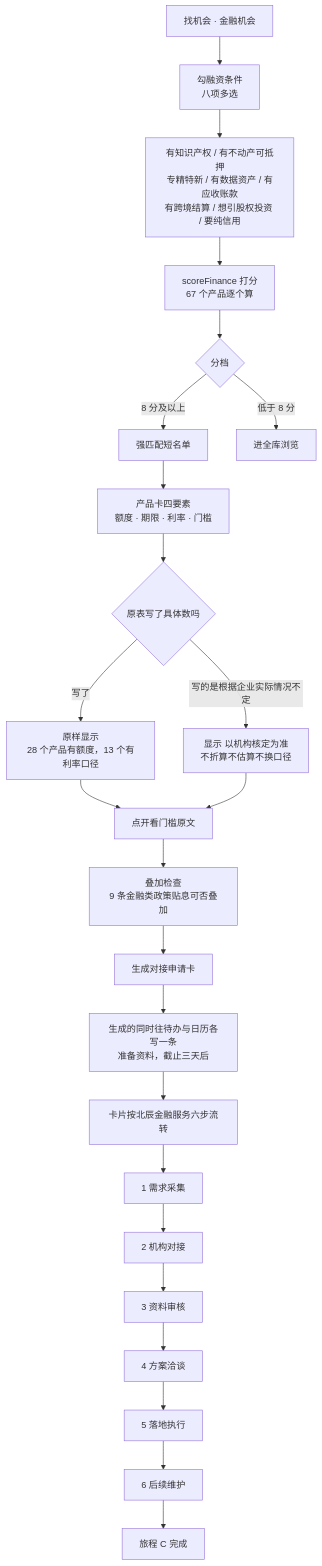
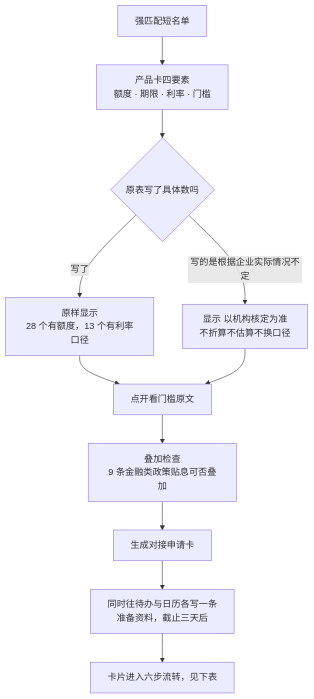
Before and after one commit to 0xmandy/shenicest-beichen-chuangyedazi: the eighth of 11 diagrams in docs/shenicest-北辰-创业搭子-产品方案文档-Claude-2026-08-29.md, drawn with Mermaid. The commit also changed other lines of this file and 4 other files, not shown here.

First line of the commit message:
docs: 产品方案文档出图与出 docx 两个脚本立文，README 补条目

````diff
--- a/docs/shenicest-北辰-创业搭子-产品方案文档-Claude-2026-08-29.md
+++ b/docs/shenicest-北辰-创业搭子-产品方案文档-Claude-2026-08-29.md
@@ -334,26 +322,13 @@
 ```mermaid
 flowchart TD
-    F0["找机会 · 金融机会"] --> F1["勾融资条件<br/>八项多选"]
-    F1 --> F1a["有知识产权 / 有不动产可抵押<br/>专精特新 / 有数据资产 / 有应收账款<br/>有跨境结算 / 想引股权投资 / 要纯信用"]
-    F1a --> F2["scoreFinance 打分<br/>67 个产品逐个算"]
-    F2 --> F3{"分档"}
-    F3 -- "8 分及以上" --> F4["强匹配短名单"]
-    F3 -- "低于 8 分" --> F5["进全库浏览"]
-    F4 --> G1["产品卡四要素<br/>额度 · 期限 · 利率 · 门槛"]
+    F4["强匹配短名单"] --> G1["产品卡四要素<br/>额度 · 期限 · 利率 · 门槛"]
     G1 --> G2{"原表写了具体数吗"}
-    G2 -- "写了" --> G3["原样显示<br/>28 个产品有额度，13 个有利率口径"]
+    G2 -- "写了" --> G3["原样显示<br/>28 个有额度，13 个有利率口径"]
     G2 -- "写的是根据企业实际情况不定" --> G4["显示 以机构核定为准<br/>不折算不估算不换口径"]
     G3 --> H1["点开看门槛原文"]
     G4 --> H1
     H1 --> H2["叠加检查<br/>9 条金融类政策贴息可否叠加"]
     H2 --> H3["生成对接申请卡"]
-    H3 --> J1["生成的同时往待办与日历各写一条<br/>准备资料，截止三天后"]
-    J1 --> I1["卡片按北辰金融服务六步流转"]
-    I1 --> I2["1 需求采集"]
-    I2 --> I3["2 机构对接"]
-    I3 --> I4["3 资料审核"]
-    I4 --> I5["4 方案洽谈"]
-    I5 --> I6["5 落地执行"]
-    I6 --> I7["6 后续维护"]
-    I7 --> J2["旅程 C 完成"]
+    H3 --> J1["同时往待办与日历各写一条<br/>准备资料，截止三天后"]
+    J1 --> I1["卡片进入六步流转，见下表"]
 ```
````
